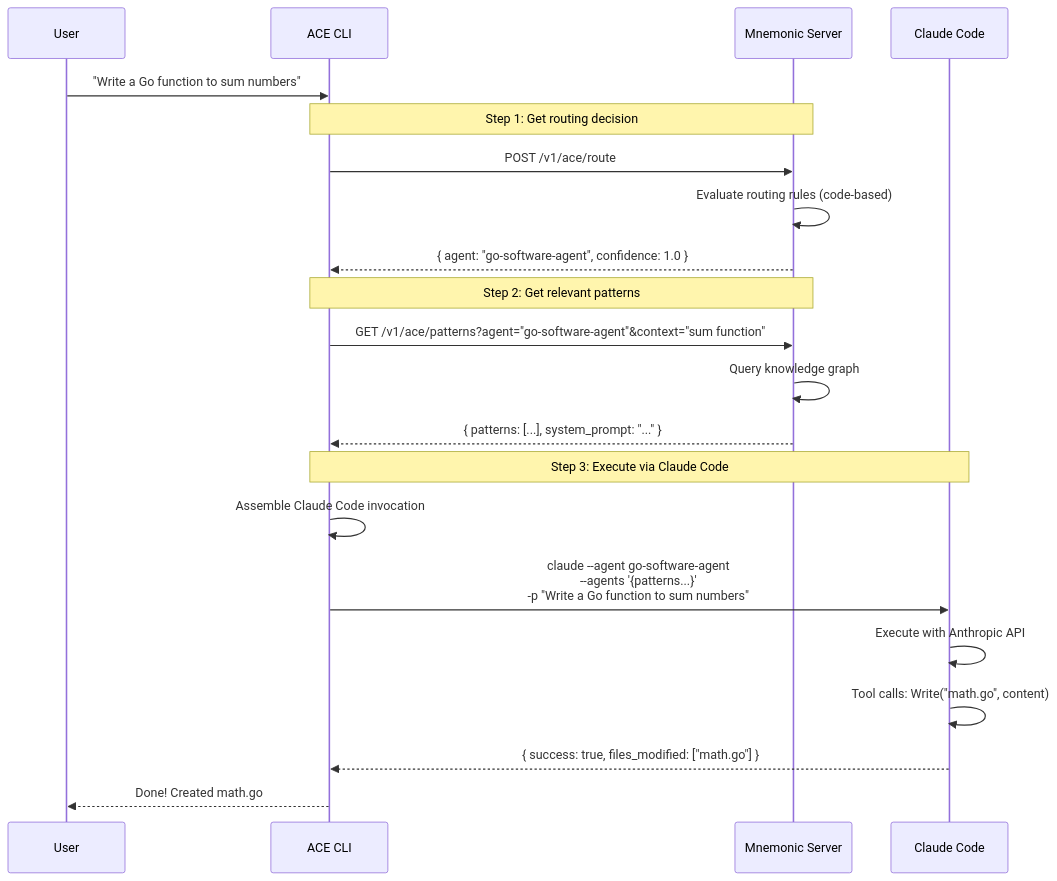
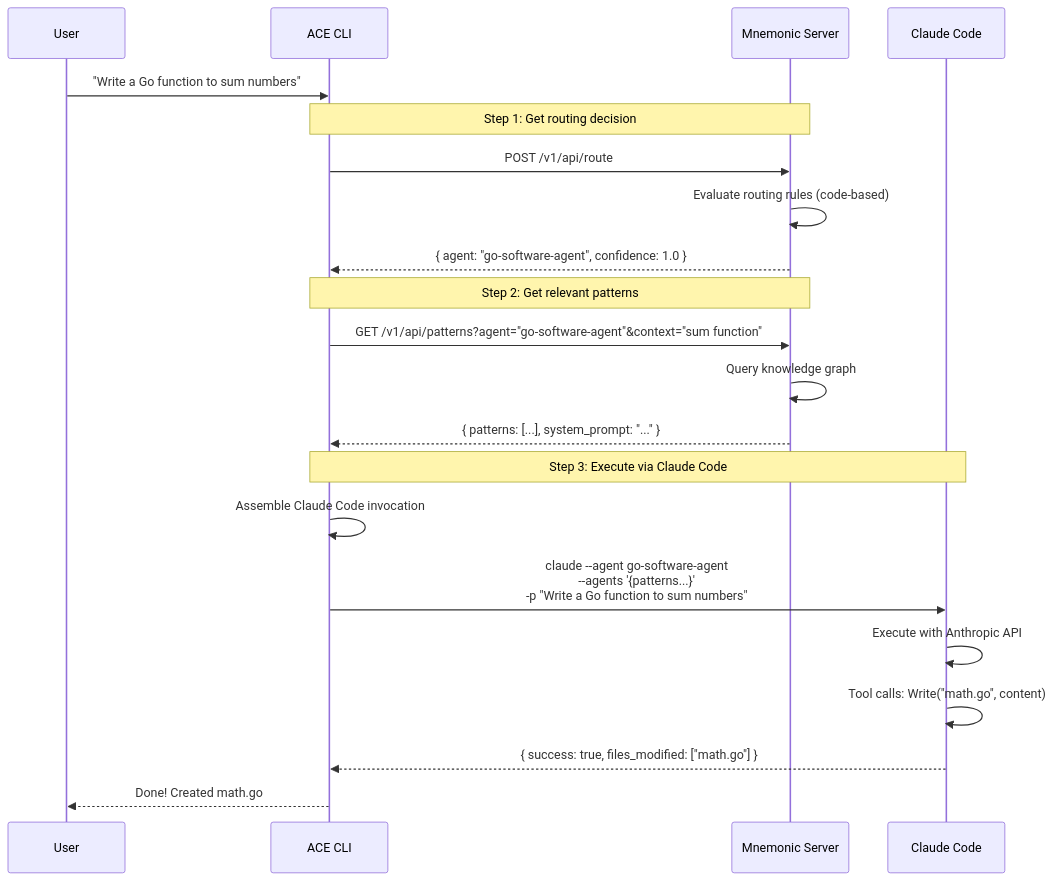
The first of 2 diagrams in docs/mnemonic-integration-concept.md (twistingmercury/mnemonic-mcp), drawn with Mermaid before and after one commit. The commit also changed other lines of this file and 10 other files, not shown here.

Commit message:
aligning design with architecture using rlm agent

````diff
--- a/docs/mnemonic-integration-concept.md
+++ b/docs/mnemonic-integration-concept.md
@@ -12,28 +12,28 @@
 ```mermaid
 sequenceDiagram
     participant User
     participant CLI as ACE CLI
     participant MN as Mnemonic Server
     participant CC as Claude Code
 
     User->>CLI: "Write a Go function to sum numbers"
 
     Note over CLI,MN: Step 1: Get routing decision
-    CLI->>MN: POST /v1/ace/route
+    CLI->>MN: POST /v1/api/route
     MN->>MN: Evaluate routing rules (code-based)
     MN-->>CLI: { agent: "go-software-agent", confidence: 1.0 }
 
     Note over CLI,MN: Step 2: Get relevant patterns
-    CLI->>MN: GET /v1/ace/patterns?agent="go-software-agent"&context="sum function"
+    CLI->>MN: GET /v1/api/patterns?agent="go-software-agent"&context="sum function"
     MN->>MN: Query knowledge graph
     MN-->>CLI: { patterns: [...], system_prompt: "..." }
 
     Note over CLI,CC: Step 3: Execute via Claude Code
     CLI->>CLI: Assemble Claude Code invocation
     CLI->>CC: claude --agent go-software-agent<br/>--agents '{patterns...}'<br/>-p "Write a Go function to sum numbers"
     CC->>CC: Execute with Anthropic API
     CC->>CC: Tool calls: Write("math.go", content)
     CC-->>CLI: { success: true, files_modified: ["math.go"] }
 
     CLI-->>User: Done! Created math.go
 ```
````
